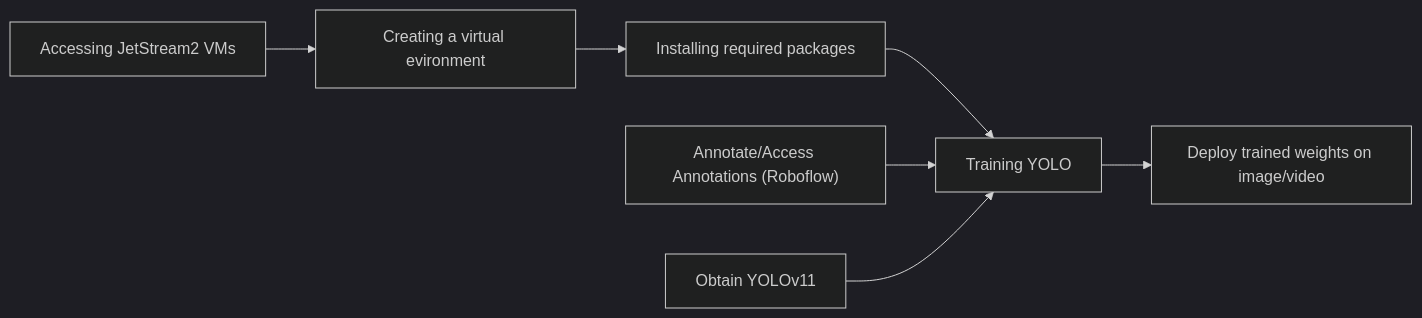
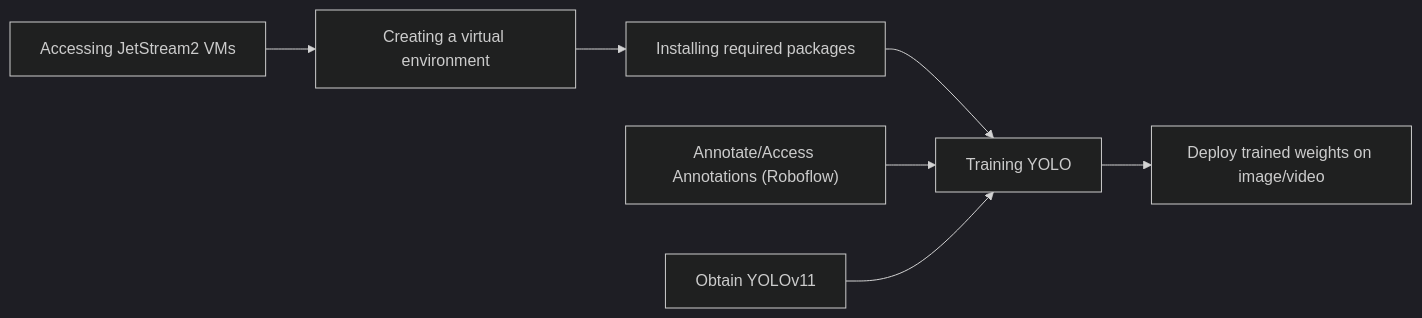
Before and after one commit to CosiMichele/workshop-materials: the diagram in 2025/2501-FOSS-AI_series/06_bringitalltogether.md, drawn with Mermaid (dark theme). The commit also changed other lines of this file, not shown here.

````diff
--- a/2025/2501-FOSS-AI_series/06_bringitalltogether.md
+++ b/2025/2501-FOSS-AI_series/06_bringitalltogether.md
@@ -56,17 +49,17 @@
 ```mermaid
 graph LR;
     id1["Accessing JetStream2 VMs"]
-    id2["Creating a virtual evironment"]
+    id2["Creating a virtual environment"]
     id3["Installing required packages"]
     id4["Training YOLO"]
     id5["Annotate/Access Annotations (Roboflow)"]
     id6["Deploy trained weights on image/video"]
     id7["Obtain YOLOv11"]
 
     id1-->id2;
     id2-->id3;
     id3-->id4;
     id5-->id4;
     id7-->id4;
     id4-->id6;
 ```
````
